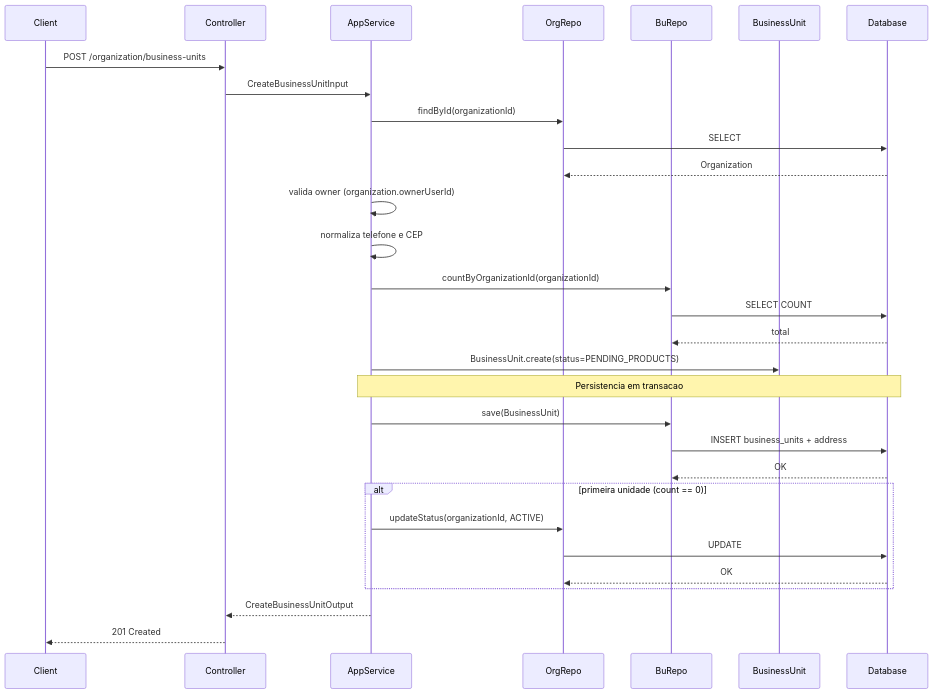
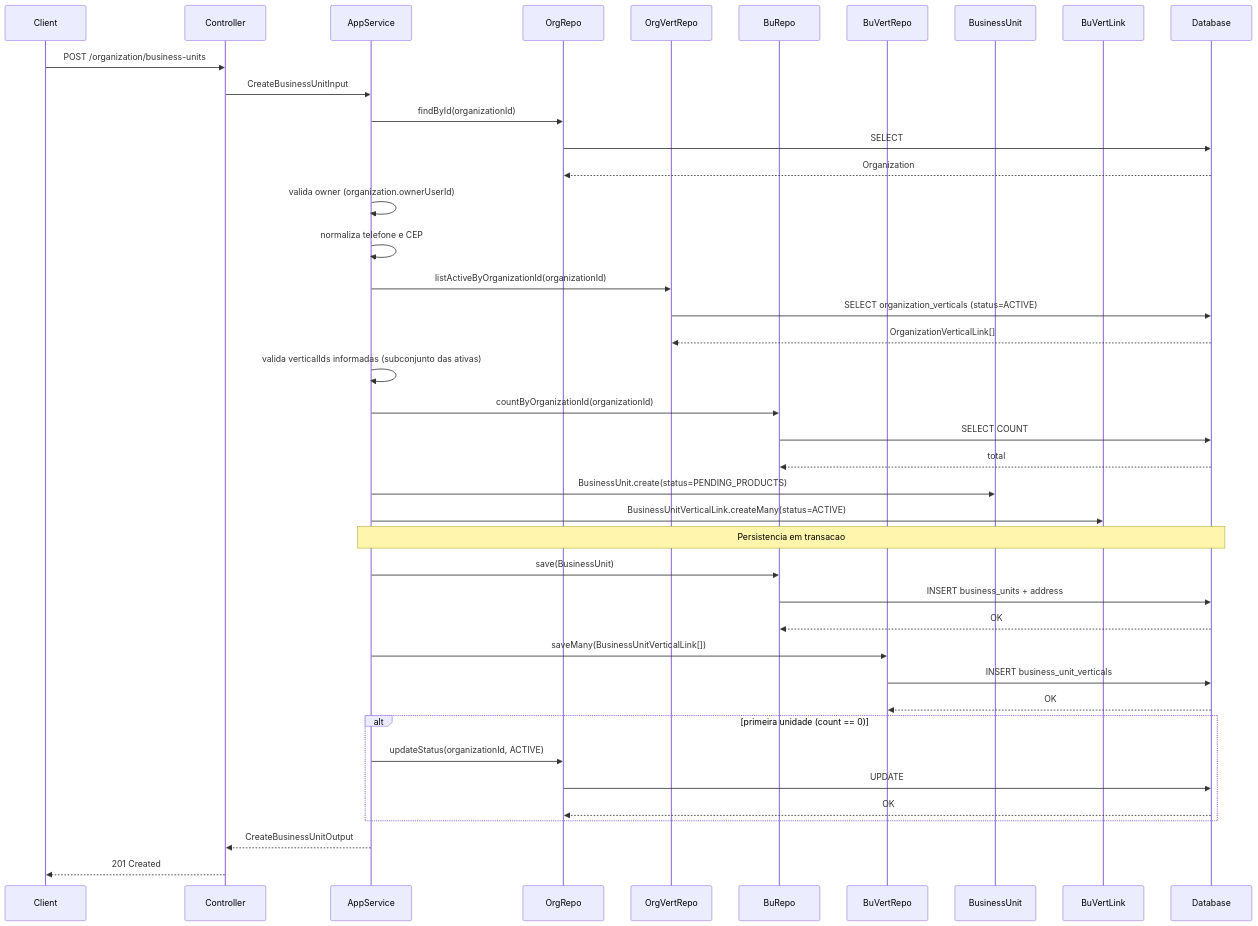
The second of 6 diagrams in specs/modules/organization/03-create-business-unit/design.md (CSousa-Dev/smart-delivery), drawn with Mermaid before and after one commit. The commit also changed other lines of this file and 107 other files, not shown here.

Commit message:
feat(organization): vertical links and endpoints

````diff
--- a/specs/modules/organization/03-create-business-unit/design.md
+++ b/specs/modules/organization/03-create-business-unit/design.md
@@ -118,40 +156,53 @@
 ```mermaid
 sequenceDiagram
     participant Client
     participant Controller
     participant AppService
     participant OrgRepo
+    participant OrgVertRepo
     participant BuRepo
+    participant BuVertRepo
     participant BusinessUnit
+    participant BuVertLink
     participant Database
 
     Client->>Controller: POST /organization/business-units
     Controller->>AppService: CreateBusinessUnitInput
 
     AppService->>OrgRepo: findById(organizationId)
     OrgRepo->>Database: SELECT
     Database-->>OrgRepo: Organization
 
     AppService->>AppService: valida owner (organization.ownerUserId)
     AppService->>AppService: normaliza telefone e CEP
 
+    AppService->>OrgVertRepo: listActiveByOrganizationId(organizationId)
+    OrgVertRepo->>Database: SELECT organization_verticals (status=ACTIVE)
+    Database-->>OrgVertRepo: OrganizationVerticalLink[]
+
+    AppService->>AppService: valida verticalIds informadas (subconjunto das ativas)
+
     AppService->>BuRepo: countByOrganizationId(organizationId)
     BuRepo->>Database: SELECT COUNT
     Database-->>BuRepo: total
 
     AppService->>BusinessUnit: BusinessUnit.create(status=PENDING_PRODUCTS)
+    AppService->>BuVertLink: BusinessUnitVerticalLink.createMany(status=ACTIVE)
 
     Note over AppService,Database: Persistencia em transacao
     AppService->>BuRepo: save(BusinessUnit)
     BuRepo->>Database: INSERT business_units + address
     Database-->>BuRepo: OK
+    AppService->>BuVertRepo: saveMany(BusinessUnitVerticalLink[])
+    BuVertRepo->>Database: INSERT business_unit_verticals
+    Database-->>BuVertRepo: OK
 
     alt primeira unidade (count == 0)
         AppService->>OrgRepo: updateStatus(organizationId, ACTIVE)
         OrgRepo->>Database: UPDATE
         Database-->>OrgRepo: OK
     end
 
     AppService-->>Controller: CreateBusinessUnitOutput
     Controller-->>Client: 201 Created
 ```
````
